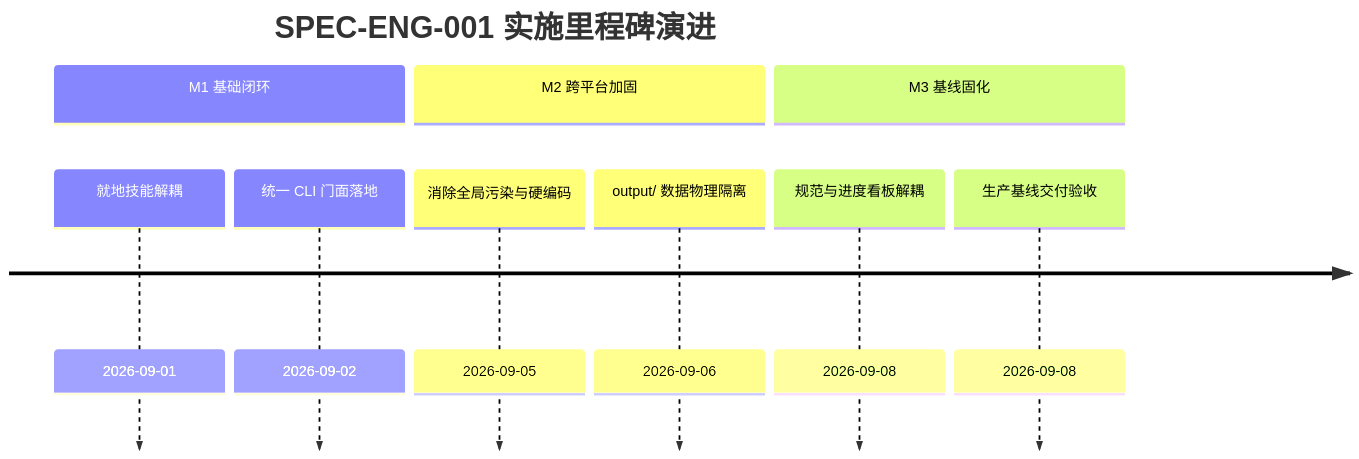
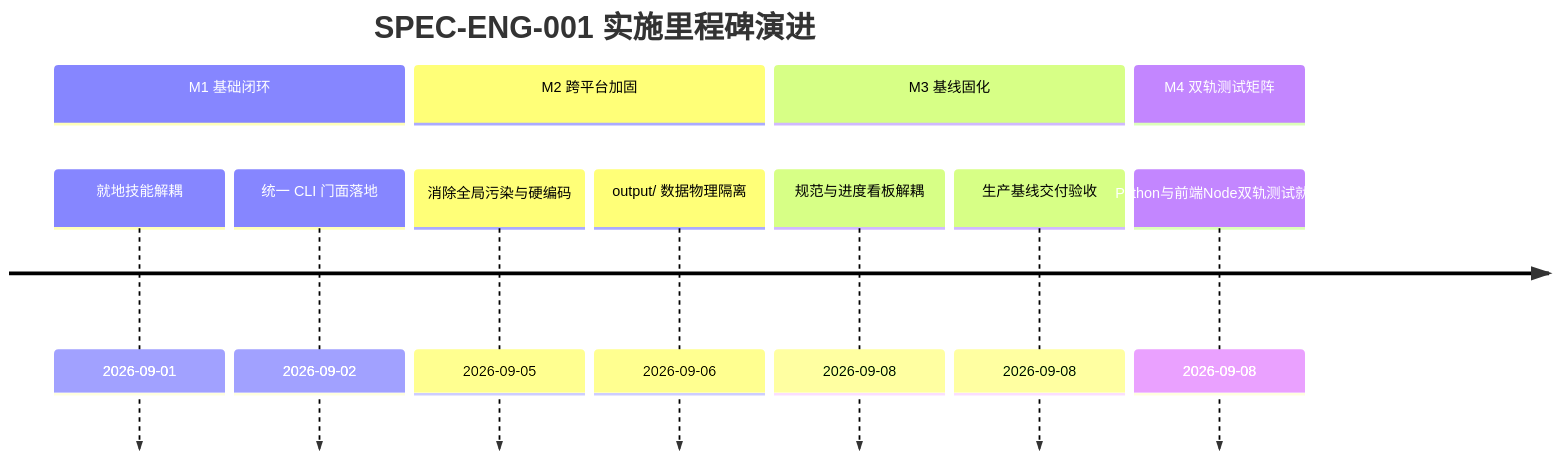
One commit to cvdnn/a_stock_agents changed the diagram in docs/specs/engineering/eng-project-structure-and-workspace.md. Above: the diagram before and after it, drawn with Mermaid. The commit also changed other lines of this file and 7 other files, not shown here.

````diff
--- a/docs/specs/engineering/eng-project-structure-and-workspace.md
+++ b/docs/specs/engineering/eng-project-structure-and-workspace.md
@@ -43,13 +43,15 @@
 ```mermaid
 timeline
     title SPEC-ENG-001 实施里程碑演进
     section M1 基础闭环
       就地技能解耦 : 2026-09-01
       统一 CLI 门面落地 : 2026-09-02
     section M2 跨平台加固
       消除全局污染与硬编码 : 2026-09-05
       output/ 数据物理隔离 : 2026-09-06
     section M3 基线固化
       规范与进度看板解耦 : 2026-09-08
       生产基线交付验收 : 2026-09-08
+    section M4 双轨测试矩阵
+      Python与前端Node双轨测试就位 : 2026-09-08
 ```
````
